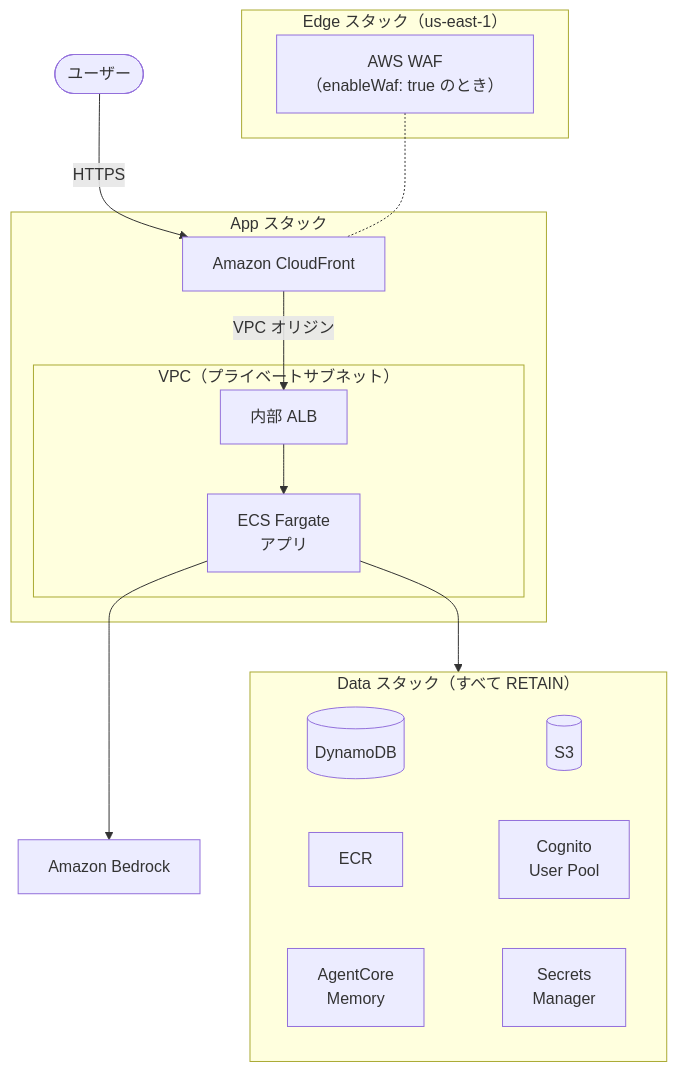
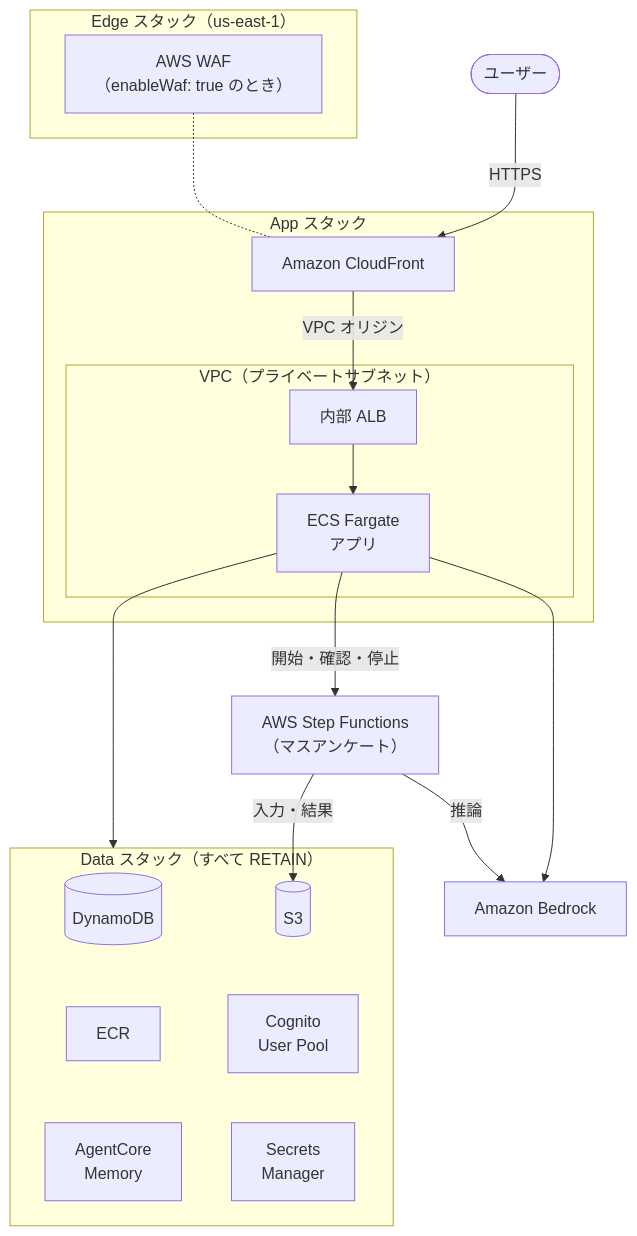
One commit to aws-samples/sample-ai-persona changed the diagram in cdk/README.md. Above: the diagram before and after it, drawn with Mermaid. The commit also changed other lines of this file and 3 other files, not shown here.

First line of the commit message:
doc: 構成図とスタックの表にマスアンケートの Step Functions を足し、データセットの件数の下限を 10 件に直す

````diff
--- a/cdk/README.md
+++ b/cdk/README.md
@@ -9,29 +9,32 @@
 ```mermaid
 flowchart TB
     User([ユーザー])
 
     subgraph Edge["Edge スタック（us-east-1）"]
         WAF["AWS WAF<br/>（enableWaf: true のとき）"]
     end
 
     subgraph App["App スタック"]
         CloudFront[Amazon CloudFront]
         subgraph VPC["VPC（プライベートサブネット）"]
             ALB[内部 ALB] --> ECS[ECS Fargate<br/>アプリ]
         end
         CloudFront -->|VPC オリジン| ALB
     end
 
+    SFN["AWS Step Functions<br/>（マスアンケート）"]
+    Bedrock[Amazon Bedrock]
+
     subgraph Data["Data スタック（すべて RETAIN）"]
-        DynamoDB[(DynamoDB)] ~~~ S3[(S3)]
-        ECR[ECR] ~~~ Cognito[Cognito<br/>User Pool]
-        Memory[AgentCore<br/>Memory] ~~~ Secrets[Secrets<br/>Manager]
+        DynamoDB[(DynamoDB)] ~~~ ECR[ECR] ~~~ Memory[AgentCore<br/>Memory]
+        S3[(S3)] ~~~ Cognito[Cognito<br/>User Pool] ~~~ Secrets[Secrets<br/>Manager]
     end
-
-    Bedrock[Amazon Bedrock]
 
     User -->|HTTPS| CloudFront
     WAF -.- CloudFront
+    ECS -->|開始・確認・停止| SFN
+    ECS --> Bedrock
     ECS --> Data
-    ECS --> Bedrock
+    SFN -->|推論| Bedrock
+    SFN -->|入力・結果| S3
 ```
````
